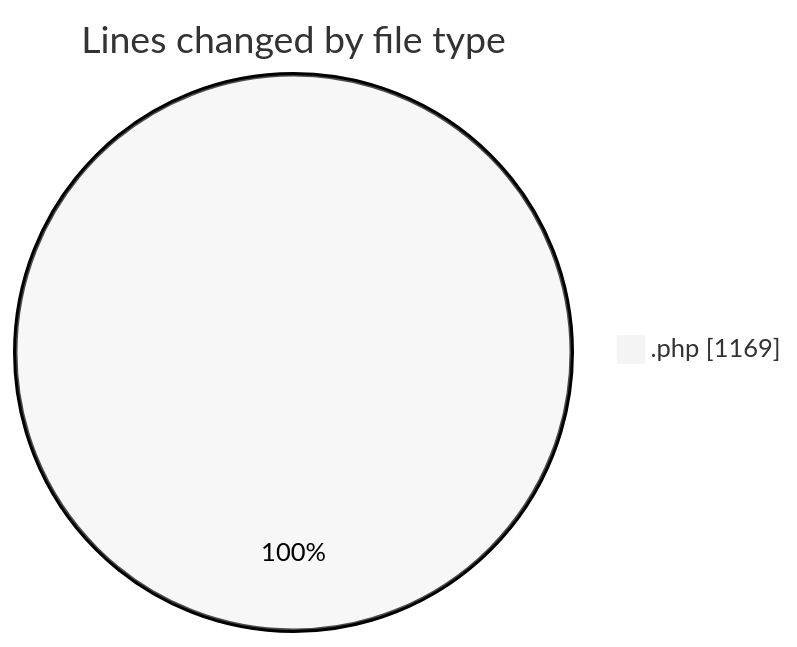
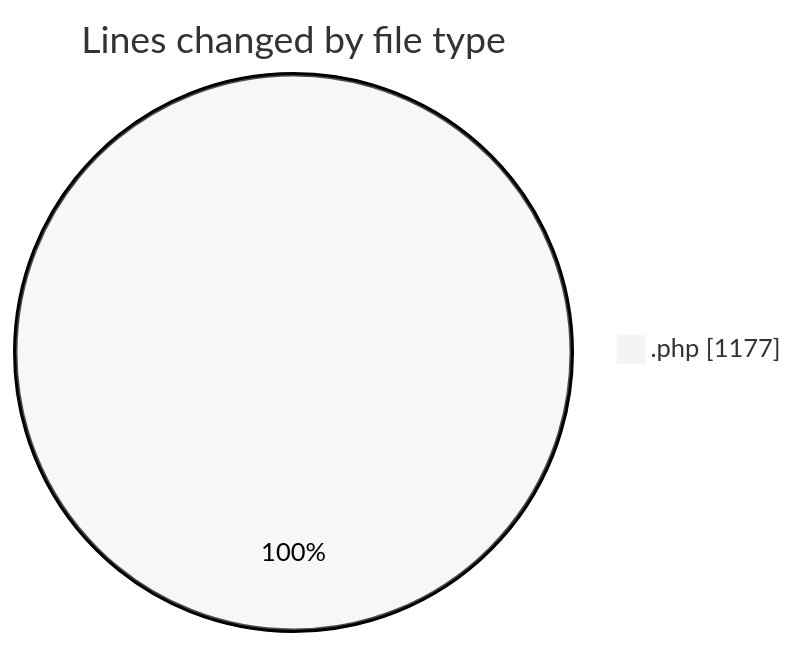
One commit to debugP/code-tracking changed the first of 2 diagrams in 2025-10-14/untitled__workspace_/README.md. Above: the diagram before and after it, drawn with Mermaid (neutral theme). The commit also changed other lines of this file and 1 other file, not shown here.

````diff
--- a/2025-10-14/untitled__workspace_/README.md
+++ b/2025-10-14/untitled__workspace_/README.md
@@ -20,5 +20,5 @@
 ```mermaid
 pie showData
 title Lines changed by file type
-".php" : 1169
+".php" : 1177
 ```
````
